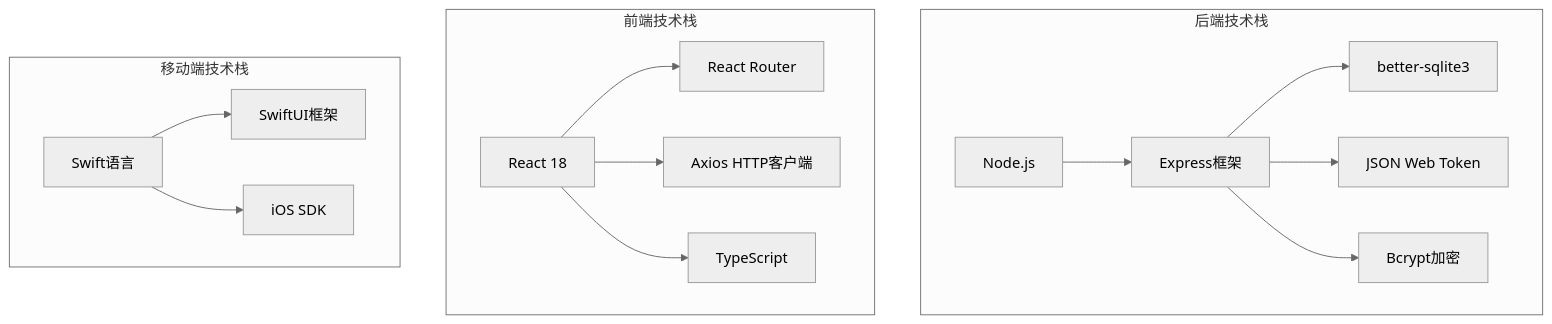
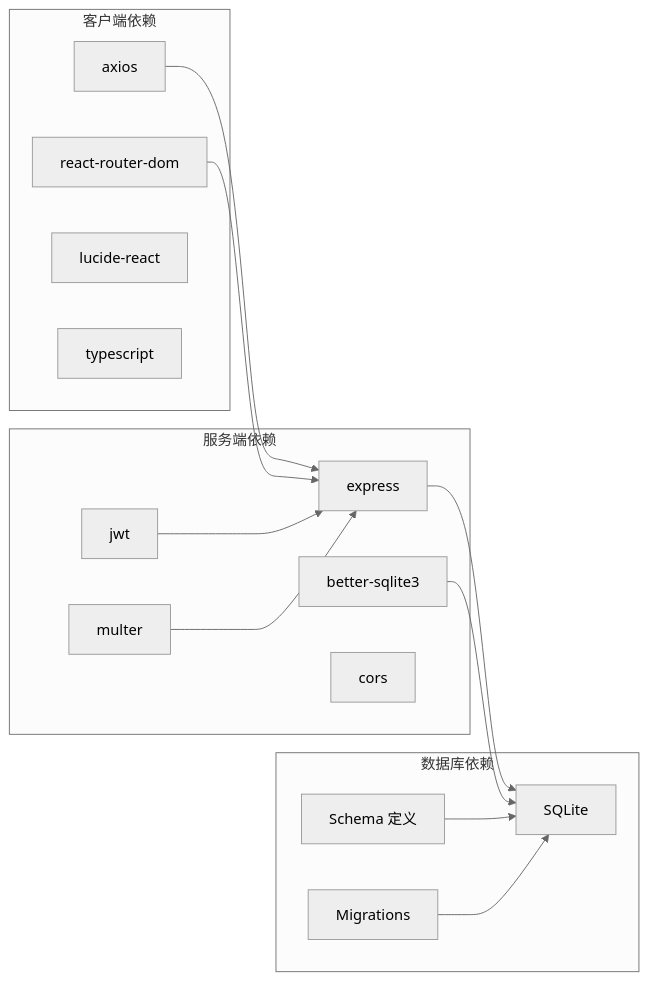
One commit to CubeEdge/Longhorn changed the eighth of 9 diagrams in .qoder/repowiki/zh/content/前端组件架构/产品管理界面/三层产品架构.md. Above: the diagram before and after it, drawn with Mermaid (neutral theme). The commit also changed other lines of this file and 28 other files, not shown here.

````diff
--- a/.qoder/repowiki/zh/content/前端组件架构/产品管理界面/三层产品架构.md
+++ b/.qoder/repowiki/zh/content/前端组件架构/产品管理界面/三层产品架构.md
@@ -324,30 +334,29 @@
 ```mermaid
-graph TB
-subgraph "后端技术栈"
-Node[Node.js]
-Express[Express框架]
-SQLite[better-sqlite3]
-JWT[JSON Web Token]
-Bcrypt[Bcrypt加密]
+graph LR
+subgraph "客户端依赖"
+C1[axios]
+C2[react-router-dom]
+C3[lucide-react]
+C4[typescript]
 end
-subgraph "前端技术栈"
-React[React 18]
-Router[React Router]
-Axios[Axios HTTP客户端]
-TypeScript[TypeScript]
+subgraph "服务端依赖"
+S1[express]
+S2[better-sqlite3]
+S3[jwt]
+S4[multer]
+S5[cors]
 end
-subgraph "移动端技术栈"
-Swift[Swift语言]
-SwiftUI[SwiftUI框架]
-iOS[iOS SDK]
+subgraph "数据库依赖"
+D1[SQLite]
+D2[Schema 定义]
+D3[Migrations]
 end
-Node --> Express
-Express --> SQLite
-Express --> JWT
-Express --> Bcrypt
-React --> Router
-React --> Axios
-React --> TypeScript
-Swift --> SwiftUI
-Swift --> iOS
+C1 --> S1
+C2 --> S1
+S1 --> D1
+S2 --> D1
+S3 --> S1
+S4 --> S1
+D2 --> D1
+D3 --> D1
 ```
````
